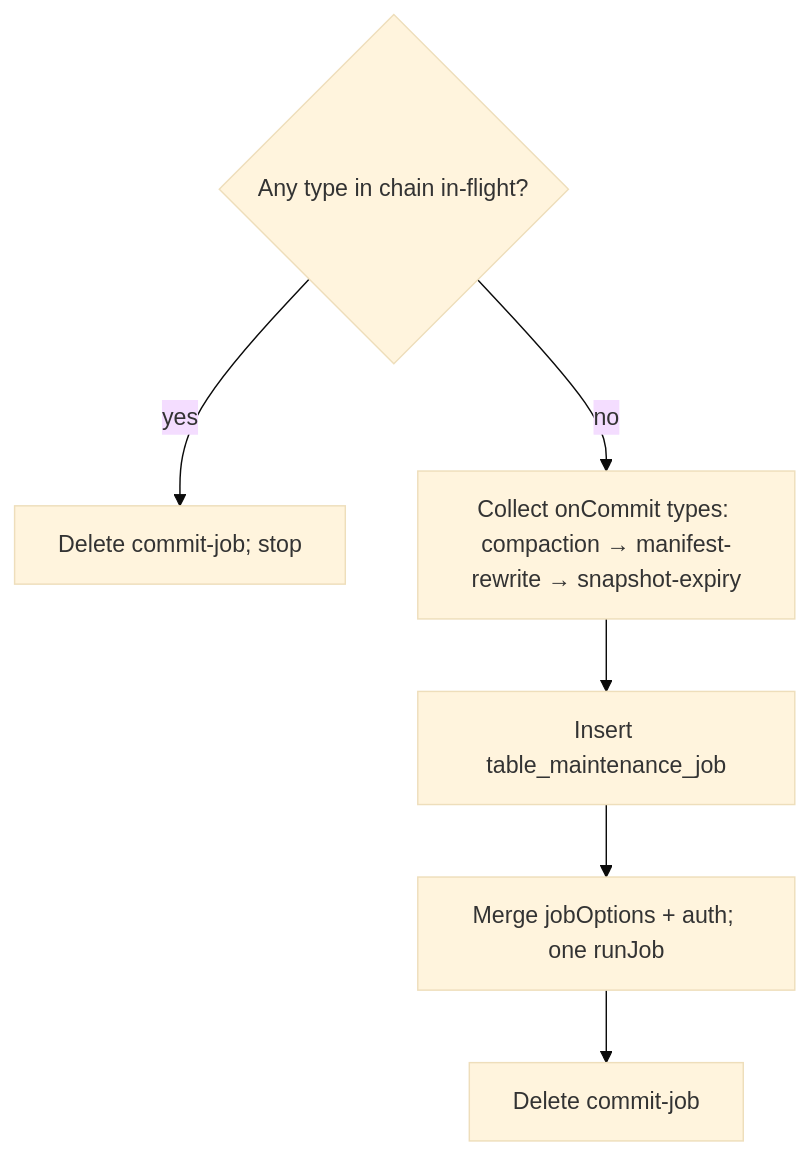
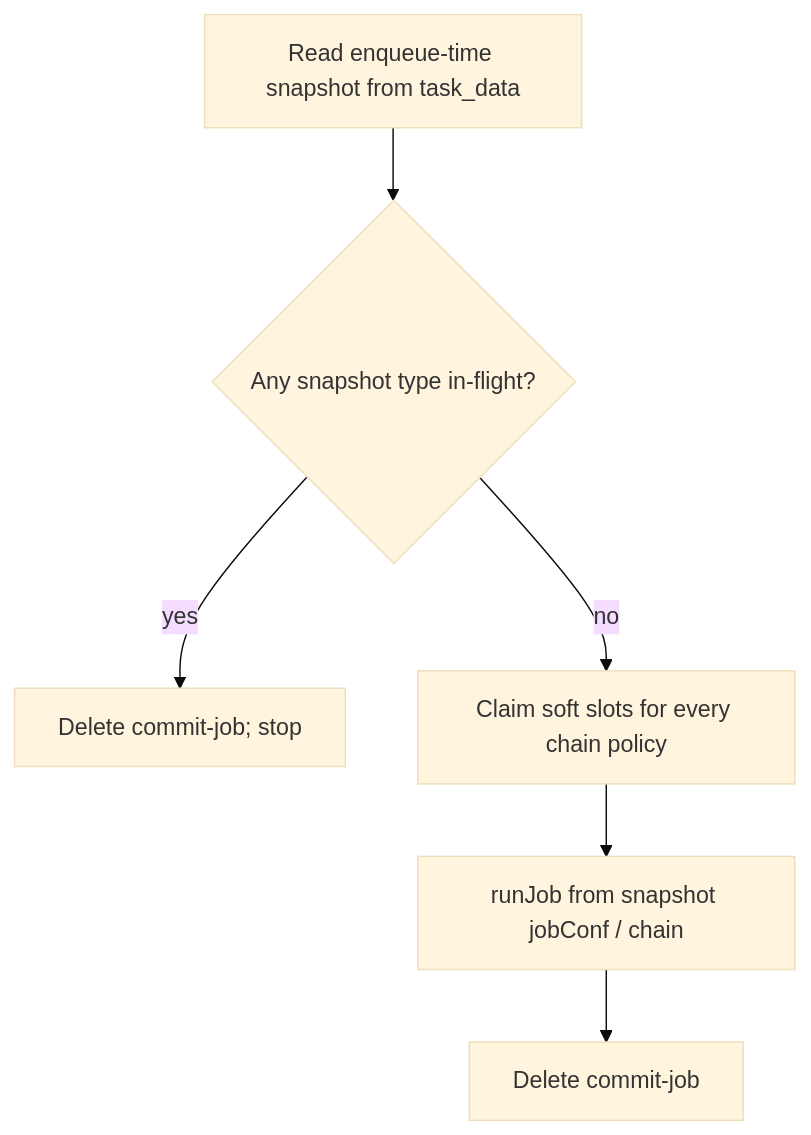
One commit to apache/gravitino changed the fourth of 6 diagrams in design-docs/table-maintenance-service-design.md. Above: the diagram before and after it, drawn with Mermaid (base theme). The commit also changed other lines of this file and 2 other files, not shown here.

First line of the commit message:
[#14220] docs(tms): Document enqueue-time commit-job specs

````diff
--- a/design-docs/table-maintenance-service-design.md
+++ b/design-docs/table-maintenance-service-design.md
@@ -403,8 +423,8 @@
 ```mermaid
 flowchart TD
-  A{Any type in chain in-flight?} -->|yes| Z[Delete commit-job; stop]
-  A -->|no| B["Collect onCommit types: compaction → manifest-rewrite → snapshot-expiry"]
-  B --> C[Insert table_maintenance_job]
-  C --> D[Merge jobOptions + auth; one runJob]
+  A[Read enqueue-time snapshot from task_data] --> B{Any snapshot type in-flight?}
+  B -->|yes| Z[Delete commit-job; stop]
+  B -->|no| C[Claim soft slots for every chain policy]
+  C --> D[runJob from snapshot jobConf / chain]
   D --> E[Delete commit-job]
 ```
````
